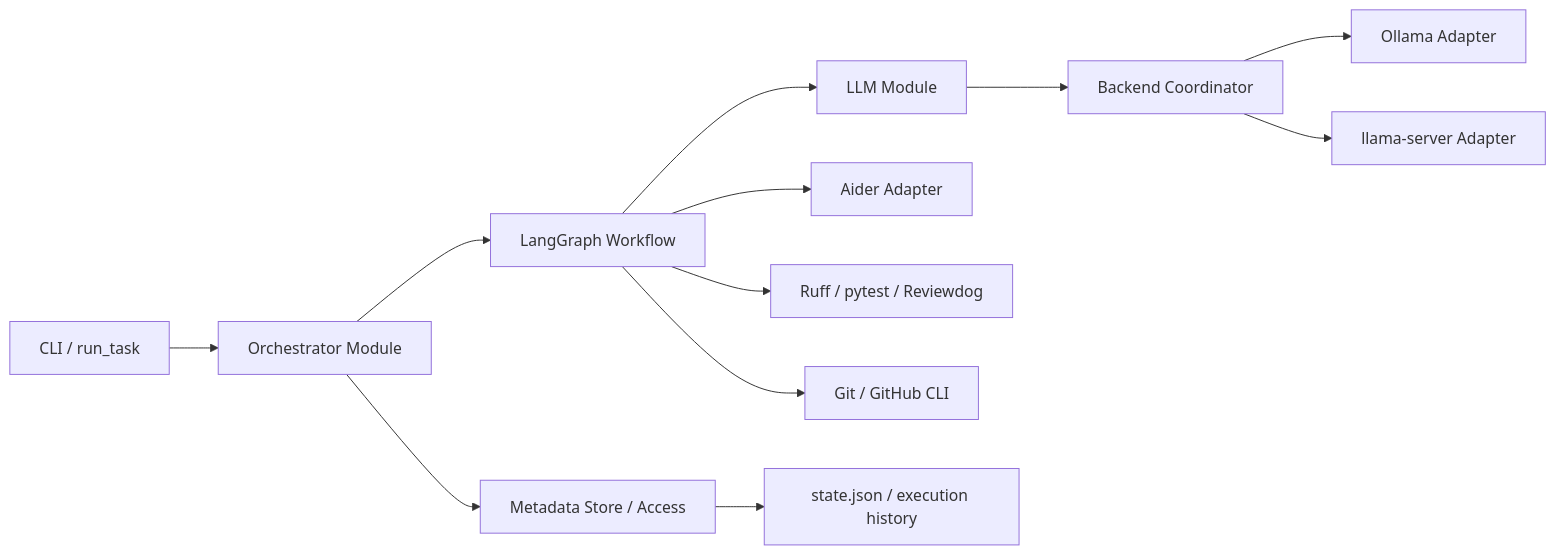
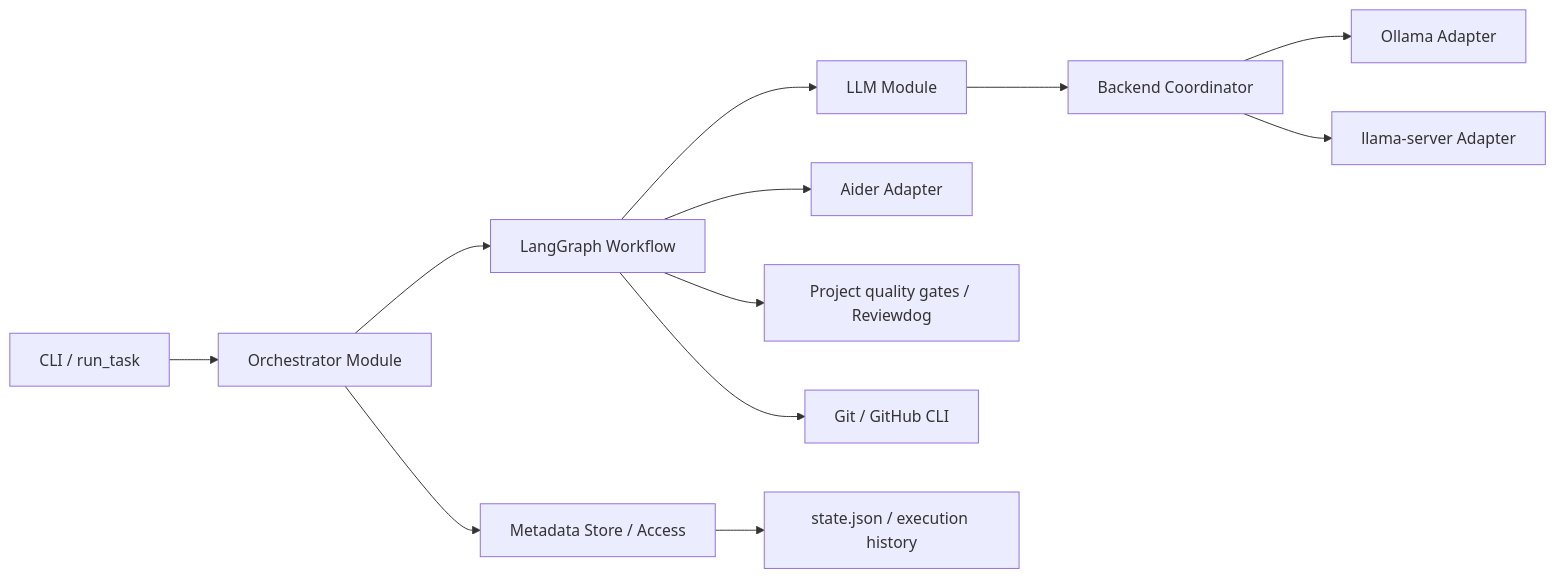
Before and after one commit to xzyozi/second-brain-graph: the first of 3 diagrams in docs/design/SBOS-DD-003_詳細設計書.md, drawn with Mermaid. The commit also changed other lines of this file and 2 other files, not shown here.

````diff
--- a/docs/design/SBOS-DD-003_詳細設計書.md
+++ b/docs/design/SBOS-DD-003_詳細設計書.md
@@ -31,14 +31,14 @@
 ```mermaid
 flowchart LR
     CLI[CLI / run_task] --> ORCH[Orchestrator Module]
     ORCH --> META[Metadata Store / Access]
     ORCH --> GRAPH[LangGraph Workflow]
     GRAPH --> LLM[LLM Module]
     LLM --> COORD[Backend Coordinator]
     COORD --> OLLAMA[Ollama Adapter]
     COORD --> LLAMA[llama-server Adapter]
     GRAPH --> AIDER[Aider Adapter]
-    GRAPH --> QUALITY[Ruff / pytest / Reviewdog]
+    GRAPH --> QUALITY[Project quality gates / Reviewdog]
     GRAPH --> GIT[Git / GitHub CLI]
     META --> STATE[state.json / execution history]
 ```
````
